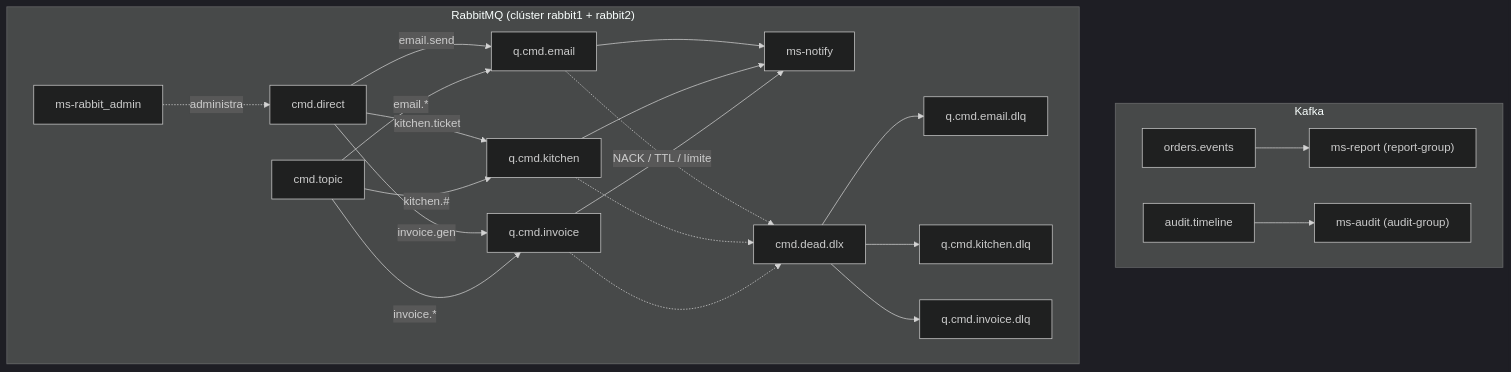
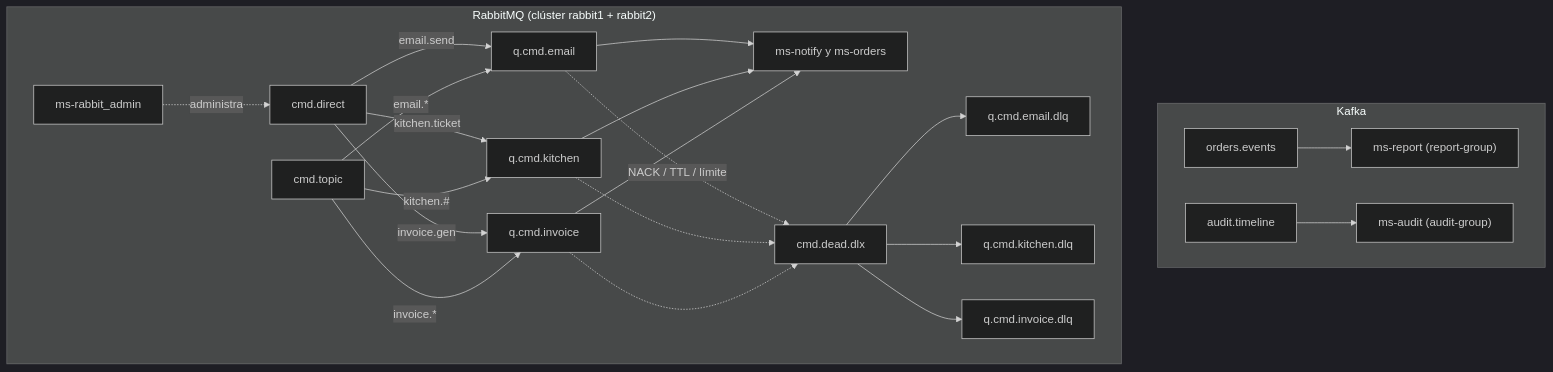
Before and after one commit to meninaaa/pedidos360-backend: the third of 3 diagrams in README.md, drawn with Mermaid (dark theme).

````diff
--- a/README.md
+++ b/README.md
@@ -92,25 +92,25 @@
 ```mermaid
 graph TB
     subgraph Kafka
         T1["orders.events"] --> REP["ms-report (report-group)"]
         T2["audit.timeline"] --> AUD["ms-audit (audit-group)"]
     end
     subgraph RabbitMQ["RabbitMQ (clúster rabbit1 + rabbit2)"]
         EXD["cmd.direct"] -->|email.send| Q1["q.cmd.email"]
         EXD -->|kitchen.ticket| Q2["q.cmd.kitchen"]
         EXD -->|invoice.gen| Q3["q.cmd.invoice"]
         EXT["cmd.topic"] -->|"email.*"| Q1
         EXT -->|"kitchen.#"| Q2
         EXT -->|"invoice.*"| Q3
-        Q1 --> NOT["ms-notify"]
+        Q1 --> NOT["ms-notify y ms-orders"]
         Q2 --> NOT
         Q3 --> NOT
         Q1 -.NACK / TTL / límite.-> DLX["cmd.dead.dlx"]
         Q2 -.-> DLX
         Q3 -.-> DLX
         DLX --> D1["q.cmd.email.dlq"]
         DLX --> D2["q.cmd.kitchen.dlq"]
         DLX --> D3["q.cmd.invoice.dlq"]
         ADM["ms-rabbit_admin"] -.administra.-> EXD
     end
 ```
````
